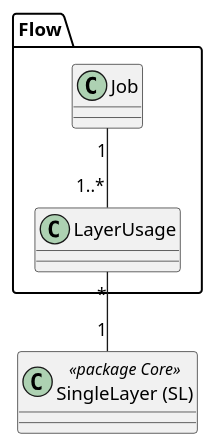
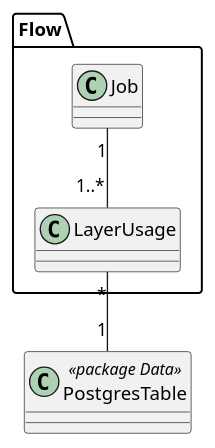
Before and after one commit to sogis/simi: the diagram in simi/doc/puml/src/simi_flow.puml, drawn with PlantUML. The commit also changed 7 other files, not shown here.

```diff
--- a/simi/doc/puml/src/simi_flow.puml
+++ b/simi/doc/puml/src/simi_flow.puml
@@ -1,11 +1,11 @@
 @startuml
-class "SingleLayer (SL)" as sl << package Core >>
+class "PostgresTable" as pgt << package Data >>
 
 package Flow {
   class "Job" as job
   class "LayerUsage" as lu
 }
 
 job "1" -- "1..*" lu
-lu "*" -- "1" sl
+lu "*" -- "1" pgt
 @enduml
```
